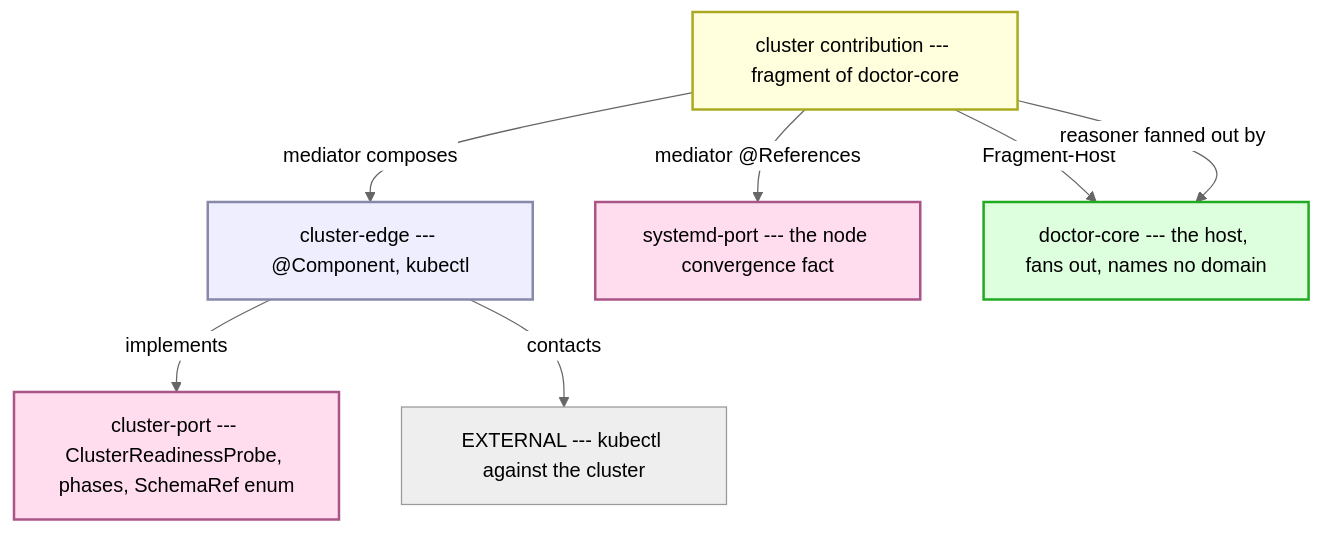
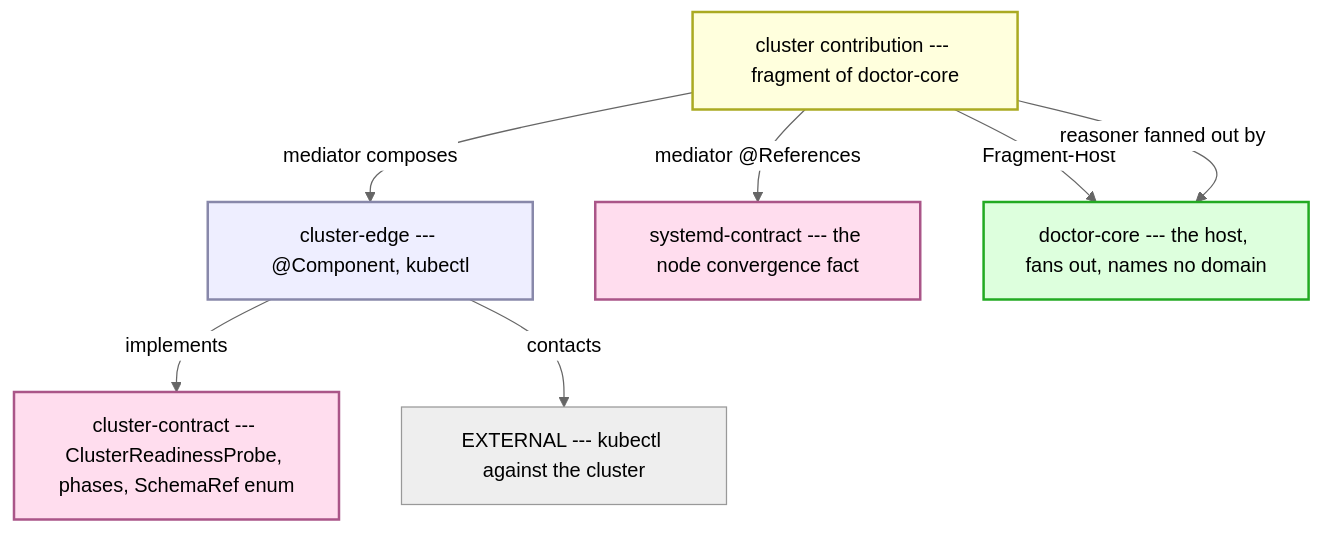
One commit to nxmatic/rke2lab changed the eighth of 8 diagrams in docs/architecture/patterns/port-edge-domain-ownership.adoc. Above: the diagram before and after it, drawn with Mermaid (neutral theme). The commit also changed other lines of this file and 25 other files, not shown here.

```diff
--- a/docs/architecture/patterns/port-edge-domain-ownership.adoc
+++ b/docs/architecture/patterns/port-edge-domain-ownership.adoc
@@ -666,26 +678,26 @@
 [mermaid]
 ....
 flowchart TB
   world["EXTERNAL --- kubectl against the cluster"]
   edge["cluster-edge --- @Component, kubectl"]
-  cport["cluster-port --- ClusterReadinessProbe, phases, SchemaRef enum"]
-  sport["systemd-port --- the node convergence fact"]
+  cport["cluster-contract --- ClusterReadinessProbe, phases, SchemaRef enum"]
+  sport["systemd-contract --- the node convergence fact"]
   contrib["cluster contribution --- fragment of doctor-core"]
   host["doctor-core --- the host, fans out, names no domain"]
   edge -->|implements| cport
   edge -->|contacts| world
   contrib -->|Fragment-Host| host
   contrib -->|mediator composes| edge
   contrib -->|mediator @References| sport
   contrib -->|reasoner fanned out by| host
   classDef e fill:#eef,stroke:#88a,stroke-width:2px;
   classDef p fill:#fde,stroke:#a58,stroke-width:2px;
   classDef c fill:#ffd,stroke:#aa2,stroke-width:2px;
   classDef h fill:#dfd,stroke:#2a2,stroke-width:2px;
   classDef w fill:#eee,stroke:#999,stroke-width:1px;
   class edge e;
   class cport,sport p;
   class contrib c;
   class host h;
   class world w;
 ....
```
